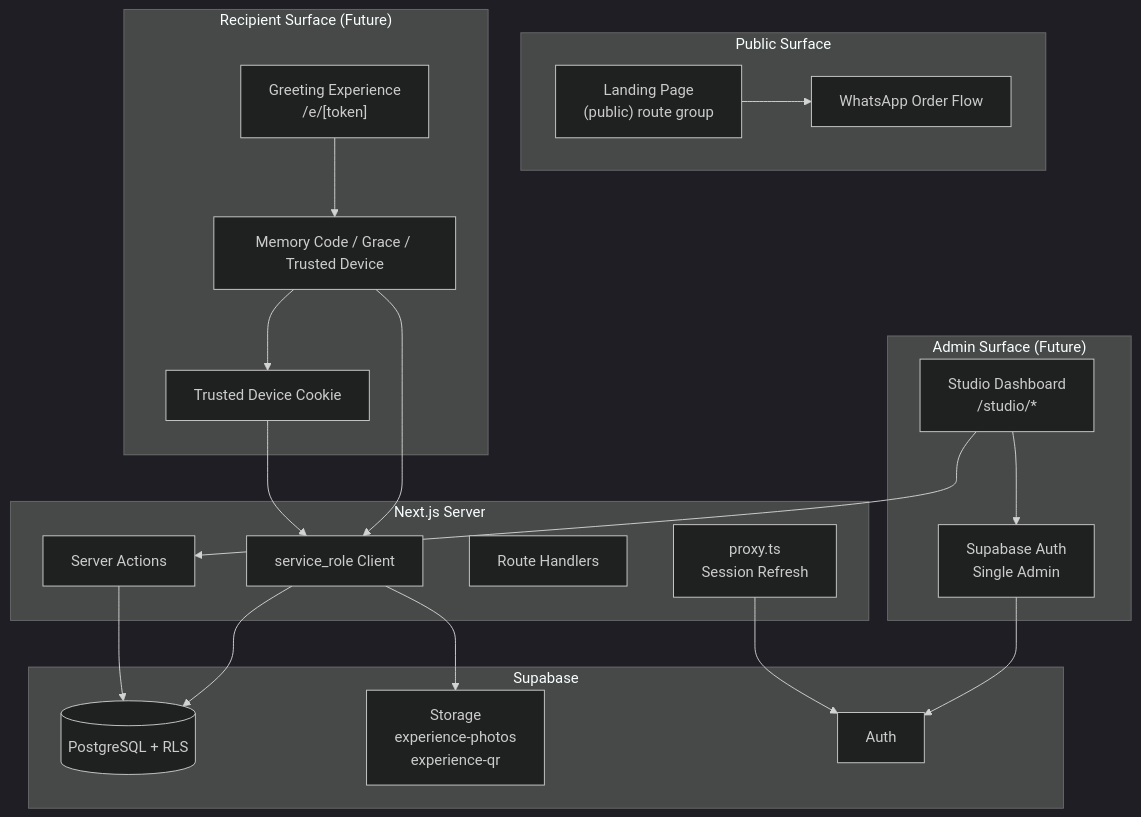
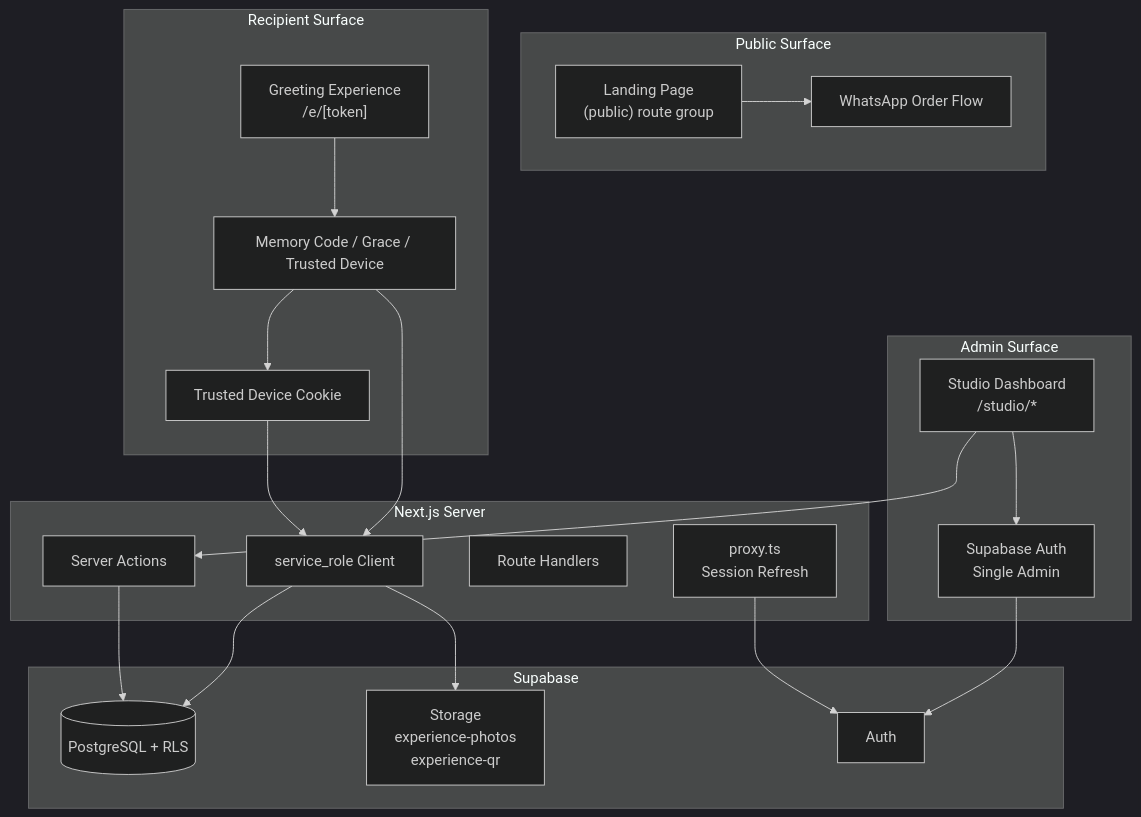
The diagram in docs/01_PROJECT_CONTEXT.md (vinoslwly/celebrate-florist), drawn with Mermaid (dark theme) before and after one commit. The commit also changed other lines of this file and 8 other files, not shown here.

````diff
--- a/docs/01_PROJECT_CONTEXT.md
+++ b/docs/01_PROJECT_CONTEXT.md
@@ -118,44 +86,44 @@
 ```mermaid
 flowchart TB
     subgraph Public["Public Surface"]
         LP["Landing Page<br/>(public) route group"]
         WA["WhatsApp Order Flow"]
     end
 
-    subgraph Studio["Admin Surface (Future)"]
+    subgraph Studio["Admin Surface"]
         SD["Studio Dashboard<br/>/studio/*"]
         AUTH["Supabase Auth<br/>Single Admin"]
     end
 
-    subgraph Experience["Recipient Surface (Future)"]
+    subgraph Experience["Recipient Surface"]
         EXP["Greeting Experience<br/>/e/[token]"]
         AC["Memory Code / Grace / Trusted Device"]
         TD["Trusted Device Cookie"]
     end
 
     subgraph Server["Next.js Server"]
         PROXY["proxy.ts<br/>Session Refresh"]
         SA["Server Actions"]
         RH["Route Handlers"]
         SR["service_role Client"]
     end
 
     subgraph Supabase["Supabase"]
         DB[(PostgreSQL + RLS)]
         STG["Storage<br/>experience-photos<br/>experience-qr"]
         SBAUTH["Auth"]
     end
 
     LP --> WA
     SD --> AUTH
     AUTH --> SBAUTH
     EXP --> AC
     AC --> TD
     AC --> SR
     TD --> SR
     SR --> DB
     SR --> STG
     SD --> SA
     SA --> DB
     PROXY --> SBAUTH
 ```
````
